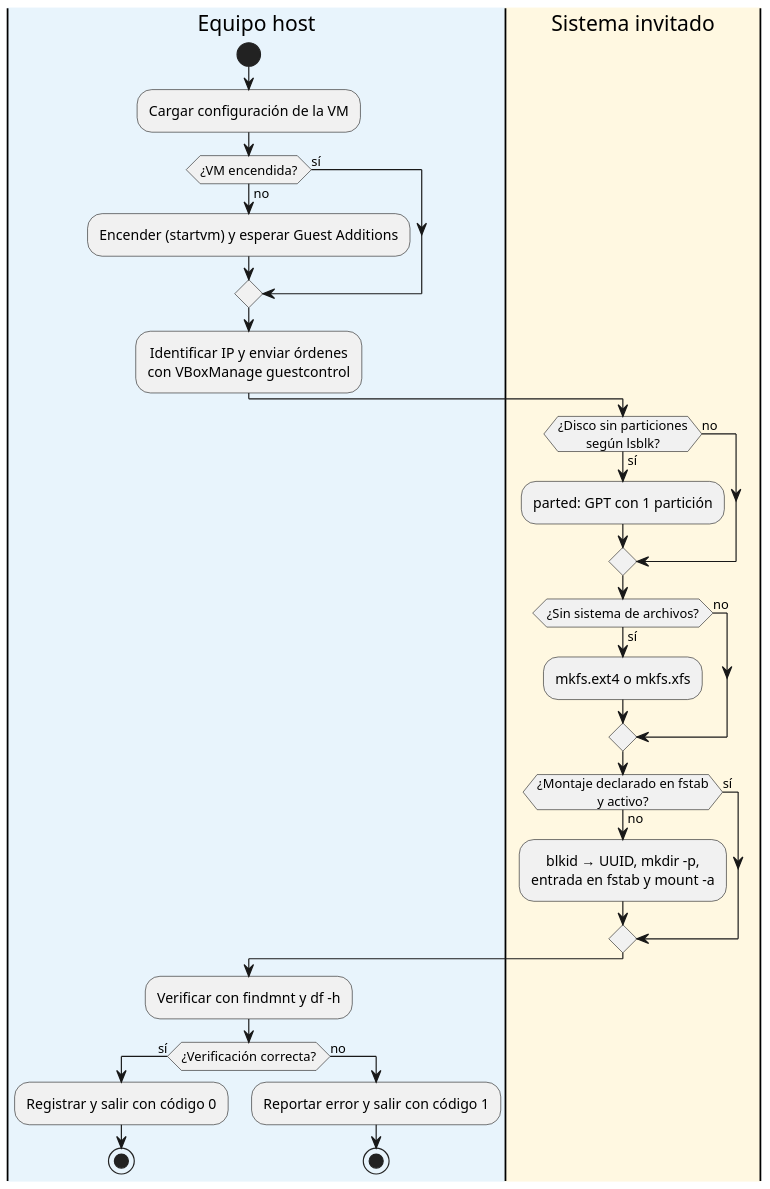
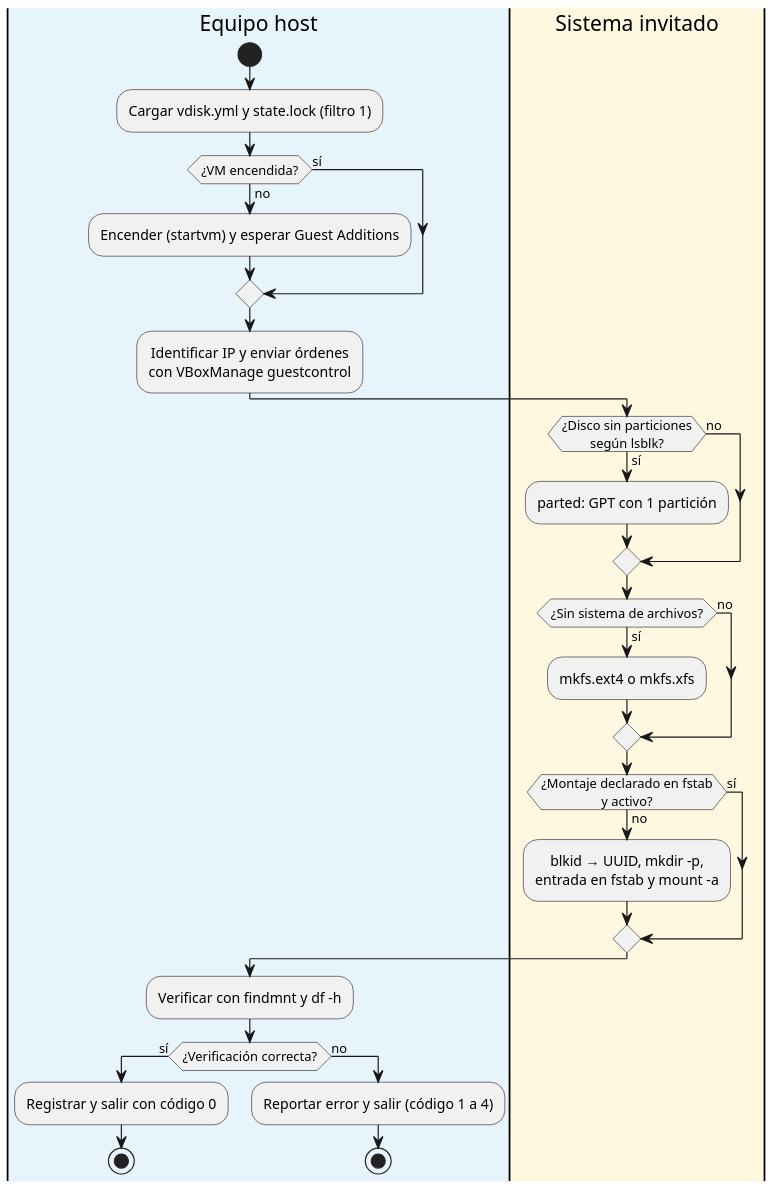
One commit to spalax-dev/vbox-disk-automation changed the diagram in documento/images/algoritmo.puml. Above: the diagram before and after it, drawn with PlantUML. The commit also changed 4 other files, not shown here.

```diff
--- a/documento/images/algoritmo.puml
+++ b/documento/images/algoritmo.puml
@@ -1,42 +1,42 @@
 @startuml algoritmo
 
 skinparam defaultFontName "Arimo"
 skinparam dpi 150
-skinparam nodesep 30
-skinparam ranksep 30
+skinparam nodesep 26
+skinparam ranksep 22
 skinparam defaultTextAlignment center
 
 |#E8F4FC|Equipo host|
 start
-:Cargar configuración de la VM;
+:Cargar vdisk.yml y state.lock (filtro 1);
 if (¿VM encendida?) then (no)
   :Encender (startvm) y esperar Guest Additions;
 else (sí)
 endif
 :Identificar IP y enviar órdenes\ncon VBoxManage guestcontrol;
 
 |#FFF8E1|Sistema invitado|
 if (¿Disco sin particiones\nsegún lsblk?) then (sí)
   :parted: GPT con 1 partición;
 else (no)
 endif
 if (¿Sin sistema de archivos?) then (sí)
   :mkfs.ext4 o mkfs.xfs;
 else (no)
 endif
 if (¿Montaje declarado en fstab\ny activo?) then (no)
   :blkid → UUID, mkdir -p,\nentrada en fstab y mount -a;
 else (sí)
 endif
 
 |#E8F4FC|Equipo host|
 :Verificar con findmnt y df -h;
 if (¿Verificación correcta?) then (sí)
   :Registrar y salir con código 0;
   stop
 else (no)
-  :Reportar error y salir con código 1;
+  :Reportar error y salir (código 1 a 4);
   stop
 endif
 
 @enduml
```
